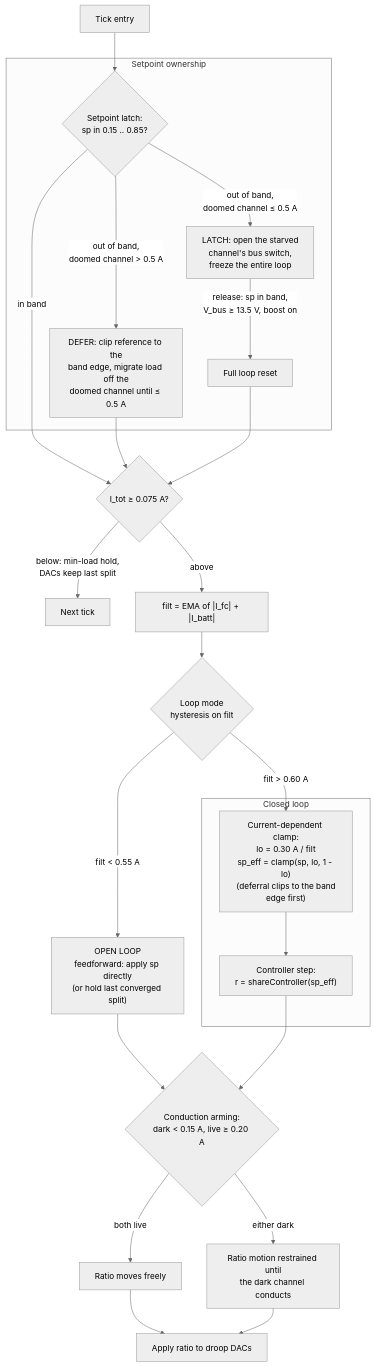
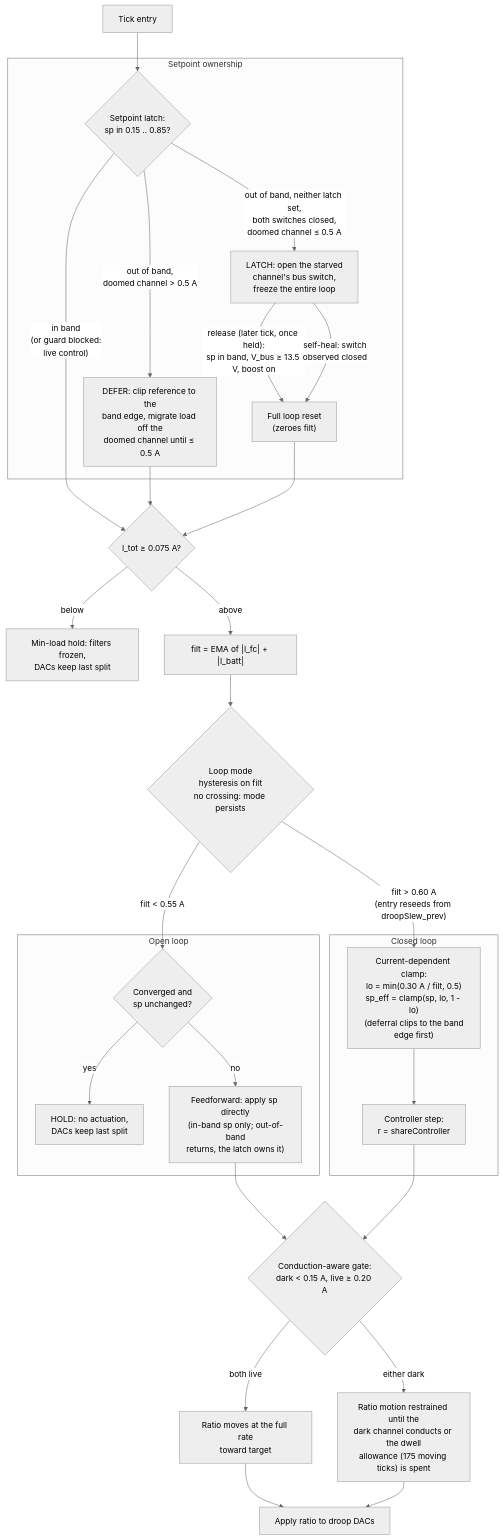
Before and after one commit to Tangineering/DC-Balancer-Board-Teensy: the second of 4 diagrams in docs/governor_whitepaper.md, drawn with Mermaid (neutral theme). The commit also changed other lines of this file, not shown here.

````diff
--- a/docs/governor_whitepaper.md
+++ b/docs/governor_whitepaper.md
@@ -328,33 +337,39 @@
 ```mermaid
 flowchart TD
-    T[Tick entry] --> LAT{Setpoint latch:<br/>sp in 0.15 .. 0.85?}
-
     subgraph OWN [Setpoint ownership]
-        LAT -->|"out of band,<br/>doomed channel &le; 0.5 A"| CUT["LATCH: open the starved<br/>channel's bus switch,<br/>freeze the entire loop"]
+        LAT{Setpoint latch:<br/>sp in 0.15 .. 0.85?}
+        LAT -->|"out of band, neither latch set,<br/>both switches closed,<br/>doomed channel &le; 0.5 A"| LCUT["LATCH: open the starved<br/>channel's bus switch,<br/>freeze the entire loop"]
         LAT -->|"out of band,<br/>doomed channel &gt; 0.5 A"| DEF["DEFER: clip reference to the<br/>band edge, migrate load off the<br/>doomed channel until &le; 0.5 A"]
-        CUT -->|"release: sp in band,<br/>V_bus &ge; 13.5 V, boost on"| REL[Full loop reset]
+        LCUT -->|"release (later tick, once held):<br/>sp in band, V_bus &ge; 13.5 V, boost on"| REL["Full loop reset<br/>(zeroes filt)"]
+        LCUT -->|"self-heal: switch<br/>observed closed"| REL
     end
 
-    LAT -->|in band| G{"I_tot &ge; 0.075 A?"}
+    subgraph CL [Closed loop]
+        CLAMP["Current-dependent clamp:<br/>lo = min(0.30 A / filt, 0.5)<br/>sp_eff = clamp(sp, lo, 1 - lo)<br/>(deferral clips to the band<br/>edge first)"] --> STEP["Controller step:<br/>r = shareController"]
+    end
+
+    subgraph OL [Open loop]
+        OLQ{Converged and<br/>sp unchanged?} -->|yes| HOLD["HOLD: no actuation,<br/>DACs keep last split"]
+        OLQ -->|no| FF["Feedforward: apply sp directly<br/>(in-band sp only; out-of-band<br/>returns, the latch owns it)"]
+    end
+
+    T[Tick entry] --> LAT
+    LAT -->|"in band<br/>(or guard blocked:<br/>live control)"| G{"I_tot &ge; 0.075 A?"}
     DEF --> G
     REL --> G
-    G -->|"below: min-load hold,<br/>DACs keep last split"| T2[Next tick]
+    G -->|"below"| HOLDMIN["Min-load hold: filters frozen,<br/>DACs keep last split"]
     G -->|above| IN["filt = EMA of |I_fc| + |I_batt|"]
 
-    IN --> M{Loop mode<br/>hysteresis on filt}
-    M -->|"filt &gt; 0.60 A"| CLAMP
-    M -->|"filt &lt; 0.55 A"| OL["OPEN LOOP<br/>feedforward: apply sp directly<br/>(or hold last converged split)"]
+    IN --> M{Loop mode<br/>hysteresis on filt<br/>no crossing: mode persists}
+    M -->|"filt &gt; 0.60 A<br/>(entry reseeds from droopSlew_prev)"| CLAMP
+    M -->|"filt &lt; 0.55 A"| OLQ
 
-    subgraph CL [Closed loop]
-        CLAMP["Current-dependent clamp:<br/>lo = 0.30 A / filt<br/>sp_eff = clamp(sp, lo, 1 - lo)<br/>(deferral clips to the band<br/>edge first)"] --> STEP["Controller step:<br/>r = shareController(sp_eff)"]
-    end
-
-    OL --> COND
+    FF --> COND
     STEP --> COND
 
-    COND{Conduction arming:<br/>dark &lt; 0.15 A, live &ge; 0.20 A} -->|both live| FAST["Ratio moves freely"]
-    COND -->|either dark| SLOW["Ratio motion restrained until<br/>the dark channel conducts"]
+    COND{Conduction-aware gate:<br/>dark &lt; 0.15 A, live &ge; 0.20 A} -->|both live| FAST["Ratio moves at the full rate<br/>toward target"]
+    COND -->|either dark| SLOW["Ratio motion restrained until the<br/>dark channel conducts or the dwell<br/>allowance (175 moving ticks) is spent"]
 
     FAST --> ACT["Apply ratio to droop DACs"]
     SLOW --> ACT
 ```
````
